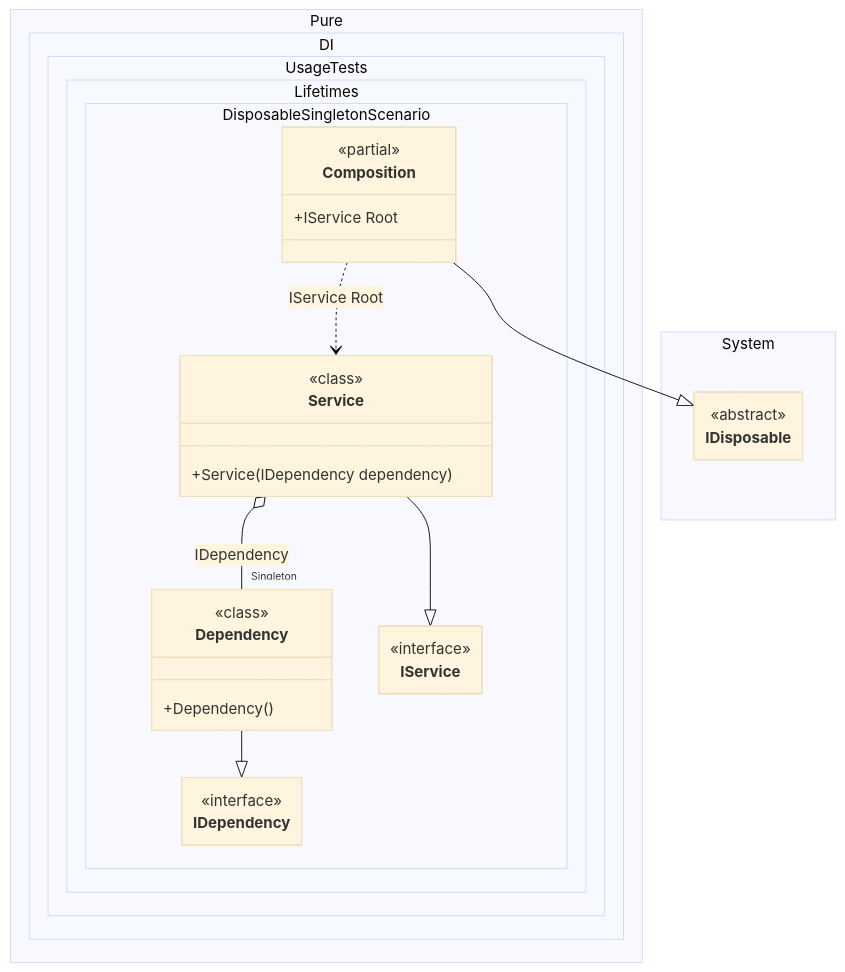
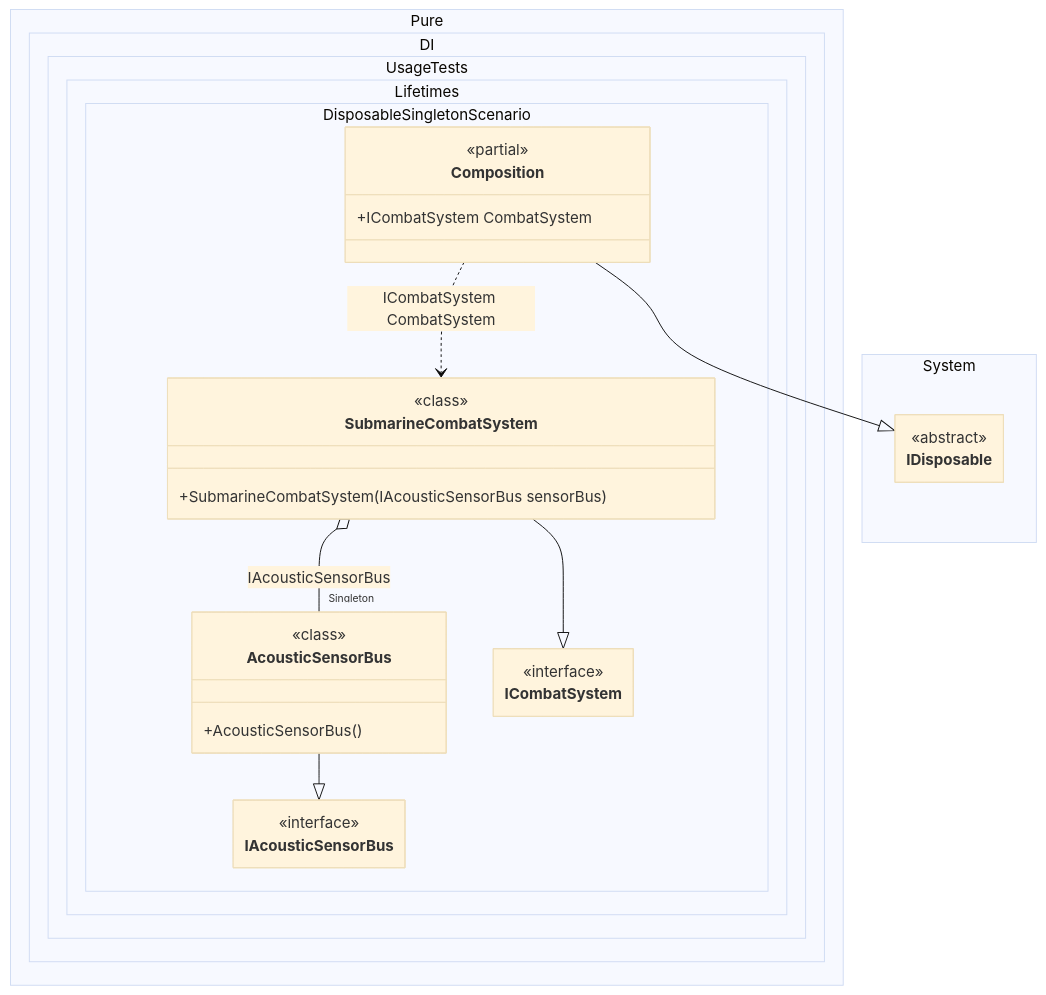
One commit to DevTeam/Pure.DI changed the diagram in readme/disposable-singleton.md. Above: the diagram before and after it, drawn with Mermaid (base theme). The commit also changed other lines of this file and 126 other files, not shown here.

````diff
--- a/readme/disposable-singleton.md
+++ b/readme/disposable-singleton.md
@@ -168,40 +185,40 @@
 ```mermaid
 ---
  config:
   maxTextSize: 2147483647
   maxEdges: 2147483647
   class:
    hideEmptyMembersBox: true
 ---
 classDiagram
 	Composition --|> IDisposable
-	Dependency --|> IDependency
-	Service --|> IService
-	Composition ..> Service : IService Root
-	Service o-- "Singleton" Dependency : IDependency
+	AcousticSensorBus --|> IAcousticSensorBus
+	SubmarineCombatSystem --|> ICombatSystem
+	Composition ..> SubmarineCombatSystem : ICombatSystem CombatSystem
+	SubmarineCombatSystem o-- "Singleton" AcousticSensorBus : IAcousticSensorBus
 	namespace Pure.DI.UsageTests.Lifetimes.DisposableSingletonScenario {
+		class AcousticSensorBus {
+				<<class>>
+			+AcousticSensorBus()
+		}
 		class Composition {
 		<<partial>>
-		+IService Root
+		+ICombatSystem CombatSystem
 		}
-		class Dependency {
-				<<class>>
-			+Dependency()
-		}
-		class IDependency {
+		class IAcousticSensorBus {
 			<<interface>>
 		}
-		class IService {
+		class ICombatSystem {
 			<<interface>>
 		}
-		class Service {
+		class SubmarineCombatSystem {
 				<<class>>
-			+Service(IDependency dependency)
+			+SubmarineCombatSystem(IAcousticSensorBus sensorBus)
 		}
 	}
 	namespace System {
 		class IDisposable {
 			<<abstract>>
 		}
 	}
 ```
````
